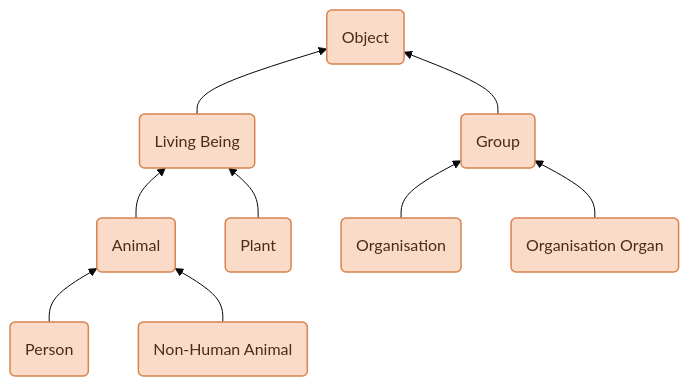
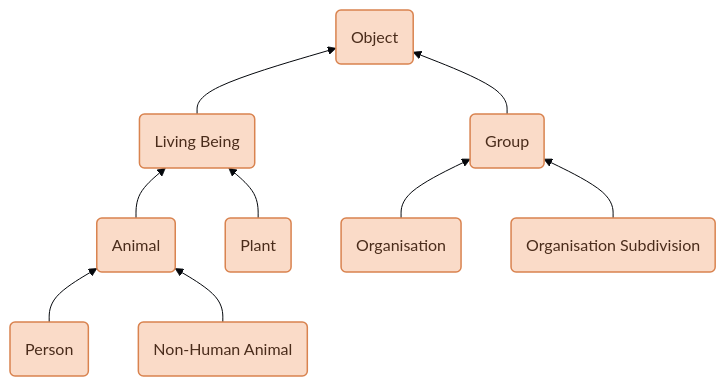
Before and after one commit to Semantic-partners/loze: the diagram in diagrams/mermaid/social-extension-taxonomy.md, drawn with Mermaid. The commit also changed other lines of this file and 1 other file, not shown here.

Commit message:
rename organisation organ as organisation subdivision in the diagrams

````diff
--- a/diagrams/mermaid/social-extension-taxonomy.md
+++ b/diagrams/mermaid/social-extension-taxonomy.md
@@ -10,25 +10,25 @@
 ```mermaid
 %%{init: {'theme': 'base', 'themeVariables': {'background': '#FBF8F3'}}}%%
 flowchart BT
     Object("Object")
     LivingBeing("Living Being")
     Animal("Animal")
     Plant("Plant")
     Person("Person")
     NonHumanAnimal("Non-Human Animal")
     Group("Group")
     Organisation("Organisation")
-    OrganisationOrgan("Organisation Organ")
+    OrganisationSubdivision("Organisation Subdivision")
 
     LivingBeing --> Object
     Group --> Object
     Animal --> LivingBeing
     Plant --> LivingBeing
     Person --> Animal
     NonHumanAnimal --> Animal
     Organisation --> Group
-    OrganisationOrgan --> Group
+    OrganisationSubdivision --> Group
 
     classDef node fill:#FADBC8,stroke:#D9834F,stroke-width:1.5px,color:#4A2C1B;
-    class Object,LivingBeing,Animal,Plant,Person,NonHumanAnimal,Group,Organisation,OrganisationOrgan node;
+    class Object,LivingBeing,Animal,Plant,Person,NonHumanAnimal,Group,Organisation,OrganisationSubdivision node;
 ```
````
